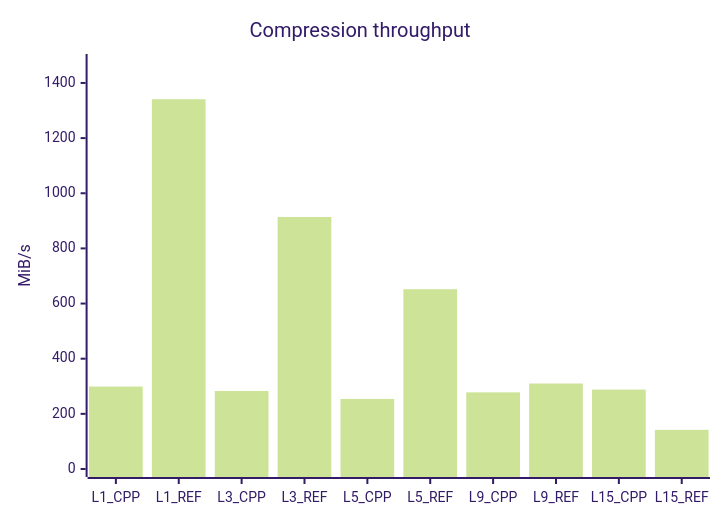
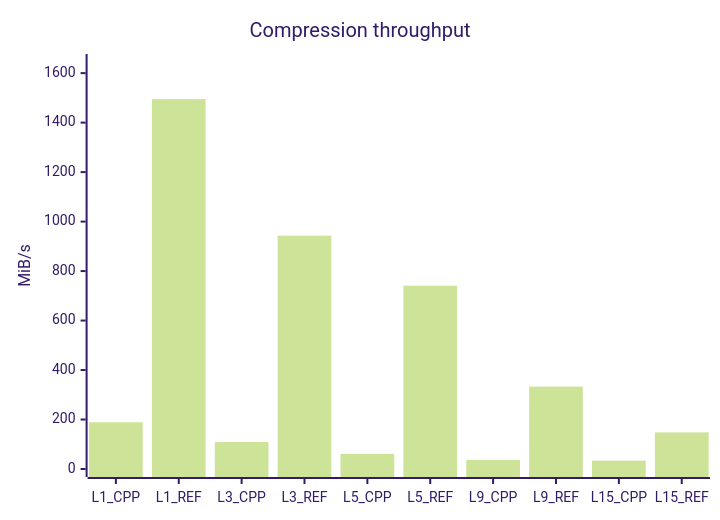
Before and after one commit to mheyman/zstdpp: the second of 7 diagrams in README.md, drawn with Mermaid (forest theme). The commit also changed other lines of this file, not shown here.

````diff
--- a/README.md
+++ b/README.md
@@ -134,7 +152,7 @@
 ```mermaid
 xychart-beta
     title "Compression throughput"
     x-axis [L1_CPP, L1_REF, L3_CPP, L3_REF, L5_CPP, L5_REF, L9_CPP, L9_REF, L15_CPP, L15_REF]
-    y-axis "MiB/s" 0 --> 1476
-    bar [299, 1341, 283, 914, 254, 652, 278, 310, 288, 142]
+    y-axis "MiB/s" 0 --> 1645
+    bar [189, 1495, 109, 943, 61, 741, 37, 333, 34, 148]
 ```
````
